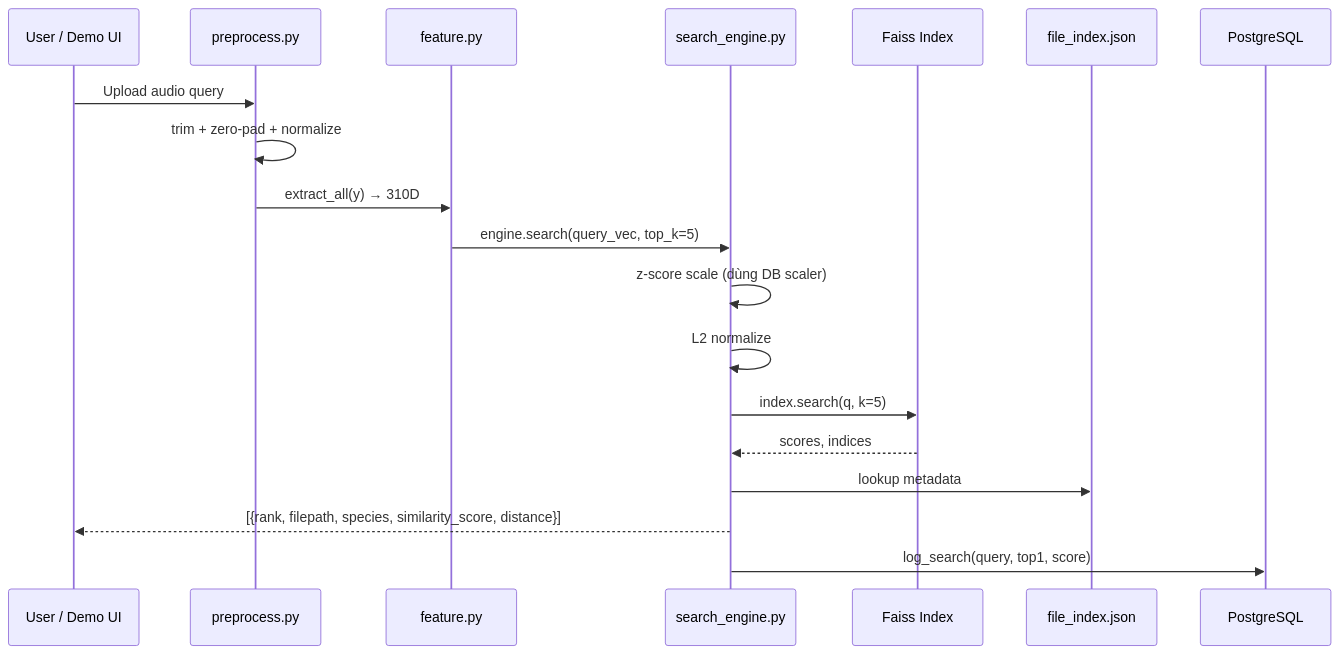
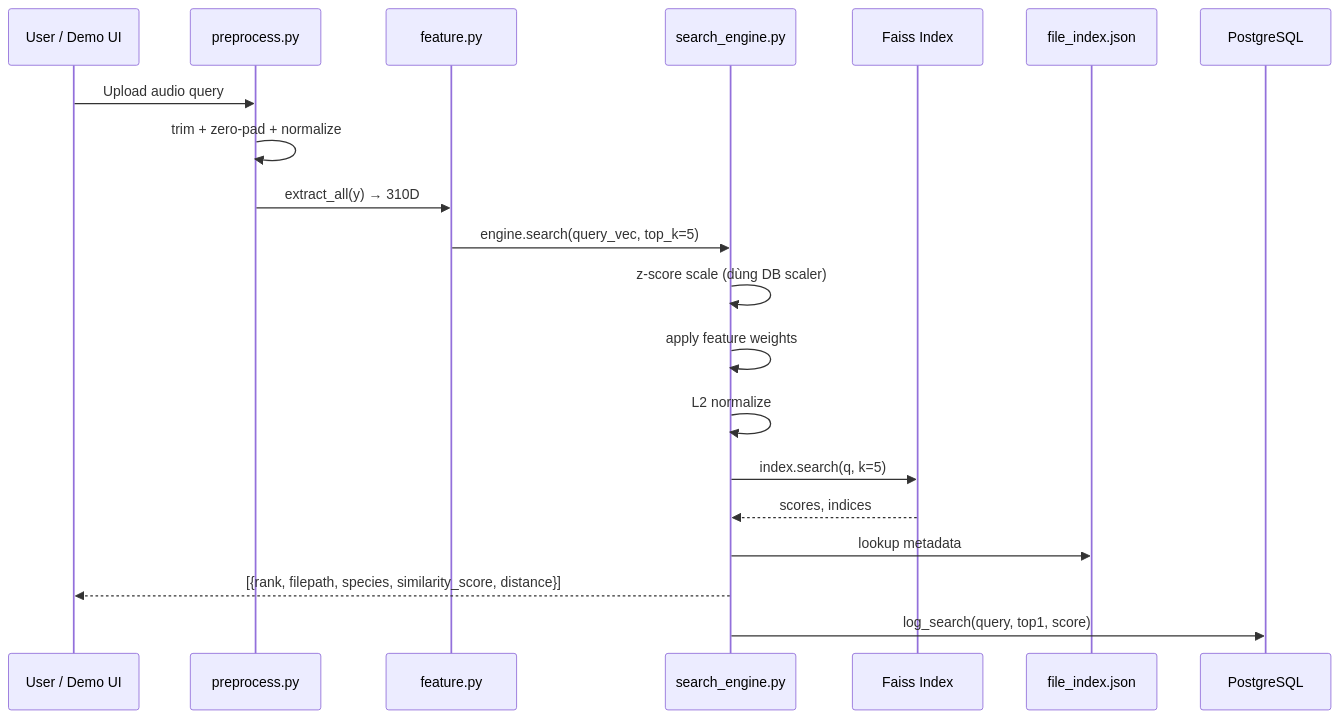
The third of 3 diagrams in CSDLDPT/docs/system_diagram.md (thacbaonguyen/multimedia_db), drawn with Mermaid before and after one commit. The commit also changed other lines of this file and 11 other files, not shown here.

````diff
--- a/CSDLDPT/docs/system_diagram.md
+++ b/CSDLDPT/docs/system_diagram.md
@@ -111,22 +113,23 @@
 ```mermaid
 sequenceDiagram
     participant U as User / Demo UI
     participant PP as preprocess.py
     participant FE as feature.py
     participant SE as search_engine.py
     participant FS as Faiss Index
     participant FI as file_index.json
     participant DB as PostgreSQL
 
     U->>PP: Upload audio query
     PP->>PP: trim + zero-pad + normalize
     PP->>FE: extract_all(y) → 310D
     FE->>SE: engine.search(query_vec, top_k=5)
     SE->>SE: z-score scale (dùng DB scaler)
+    SE->>SE: apply feature weights
     SE->>SE: L2 normalize
     SE->>FS: index.search(q, k=5)
     FS-->>SE: scores, indices
     SE->>FI: lookup metadata
     SE-->>U: [{rank, filepath, species, similarity_score, distance}]
     SE->>DB: log_search(query, top1, score)
 ```
````
